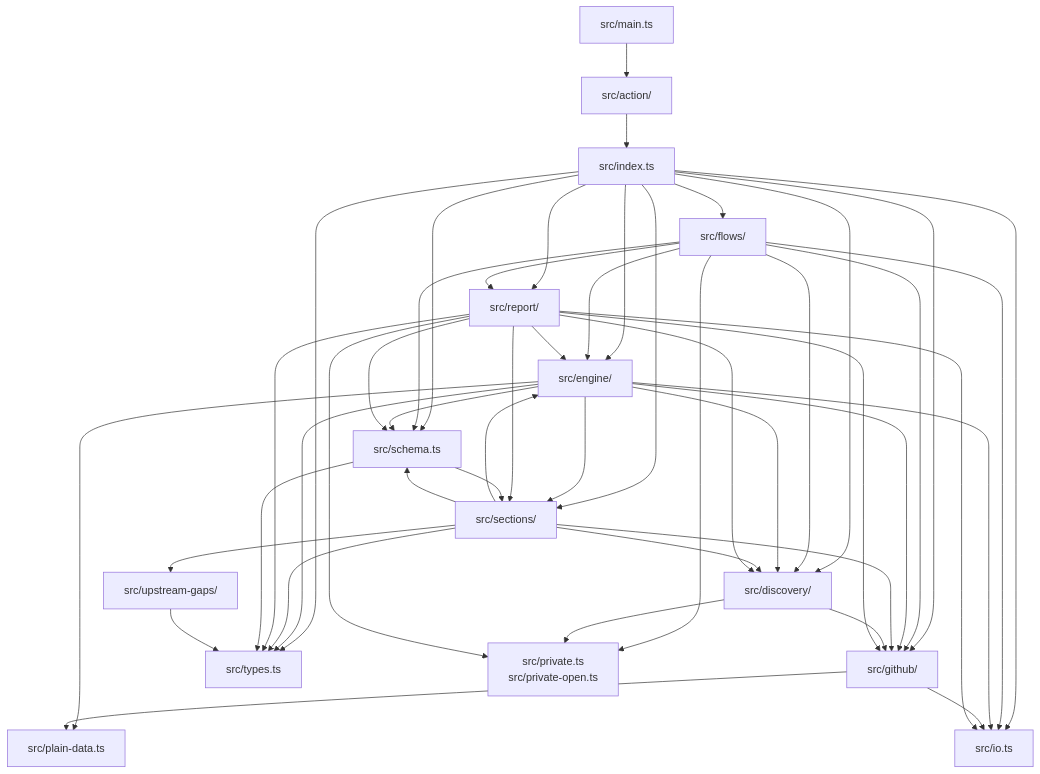
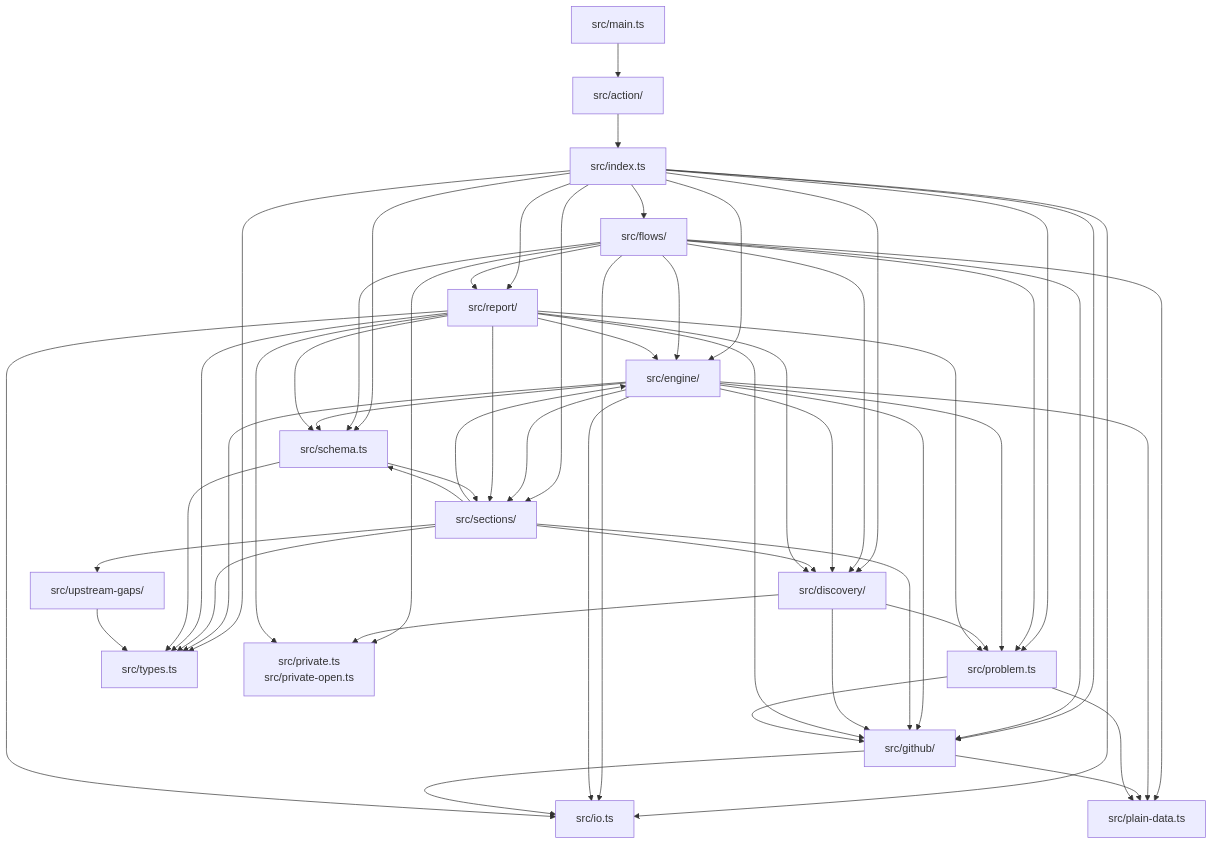
One commit to Vivswan/github-settings-as-code changed the eighth of 8 diagrams in docs/reference/architecture.md. Above: the diagram before and after it, drawn with Mermaid. The commit also changed 57 other files, not shown here.

````diff
--- a/docs/reference/architecture.md
+++ b/docs/reference/architecture.md
@@ -229,64 +229,73 @@
 ```mermaid
 graph TD
   main["src/main.ts"]
   action["src/action/"]
   library["src/index.ts"]
   flows["src/flows/"]
   engine["src/engine/"]
   sections["src/sections/"]
   github["src/github/"]
   discovery["src/discovery/"]
   report["src/report/"]
   schema["src/schema.ts"]
   io["src/io.ts"]
+  problem["src/problem.ts"]
   types["src/types.ts"]
   plain_data["src/plain-data.ts"]
   private["src/private.ts<br>src/private-open.ts"]
   upstream_gaps["src/upstream-gaps/"]
   main --> action
   action --> library
   library --> discovery
   library --> engine
   library --> flows
   library --> github
   library --> io
+  library --> problem
   library --> report
   library --> schema
   library --> sections
   library --> types
   flows --> discovery
   flows --> engine
   flows --> github
   flows --> io
+  flows --> plain_data
   flows --> private
+  flows --> problem
   flows --> report
   flows --> schema
   engine --> discovery
   engine --> github
   engine --> io
   engine --> plain_data
+  engine --> problem
   engine --> schema
   engine --> sections
   engine --> types
   sections --> discovery
   sections --> engine
   sections --> github
   sections --> schema
   sections --> types
   sections --> upstream_gaps
   github --> io
   github --> plain_data
   discovery --> github
   discovery --> private
+  discovery --> problem
   report --> discovery
   report --> engine
   report --> github
   report --> io
   report --> private
+  report --> problem
   report --> schema
   report --> sections
   report --> types
+  problem --> github
+  problem --> plain_data
   schema --> sections
   schema --> types
   upstream_gaps --> types
 ```
````
